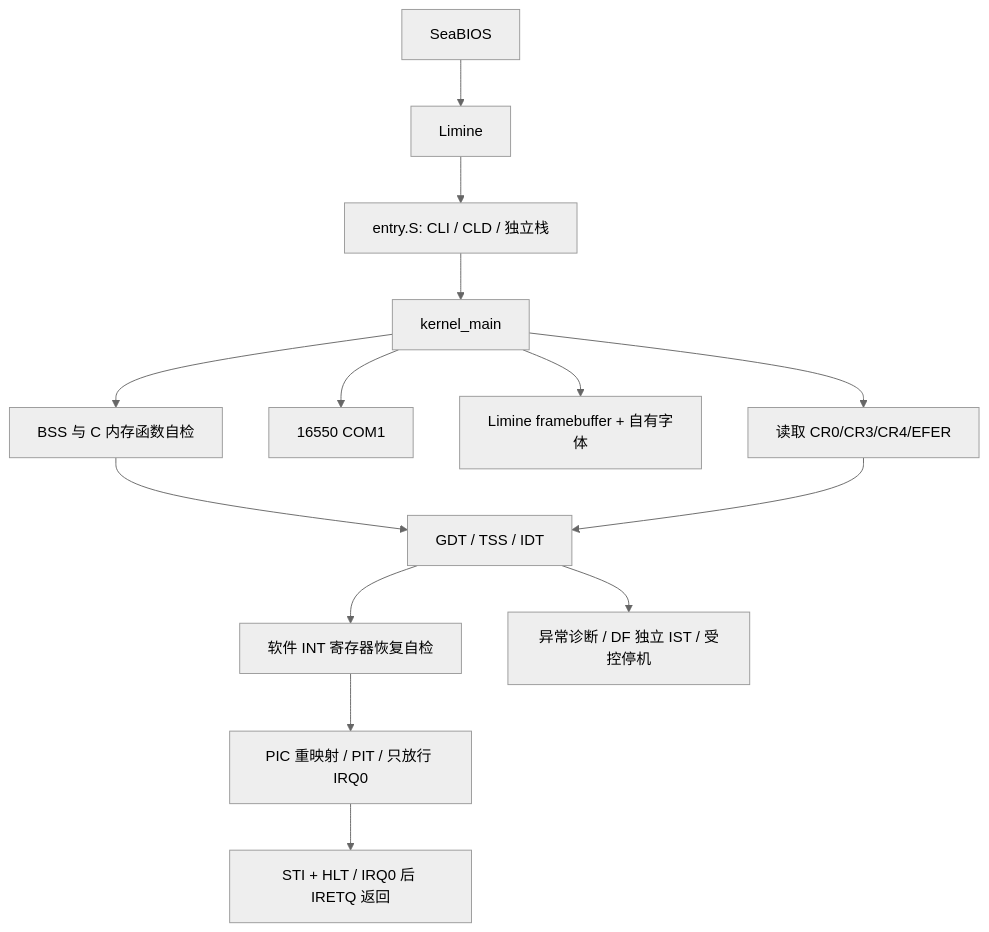
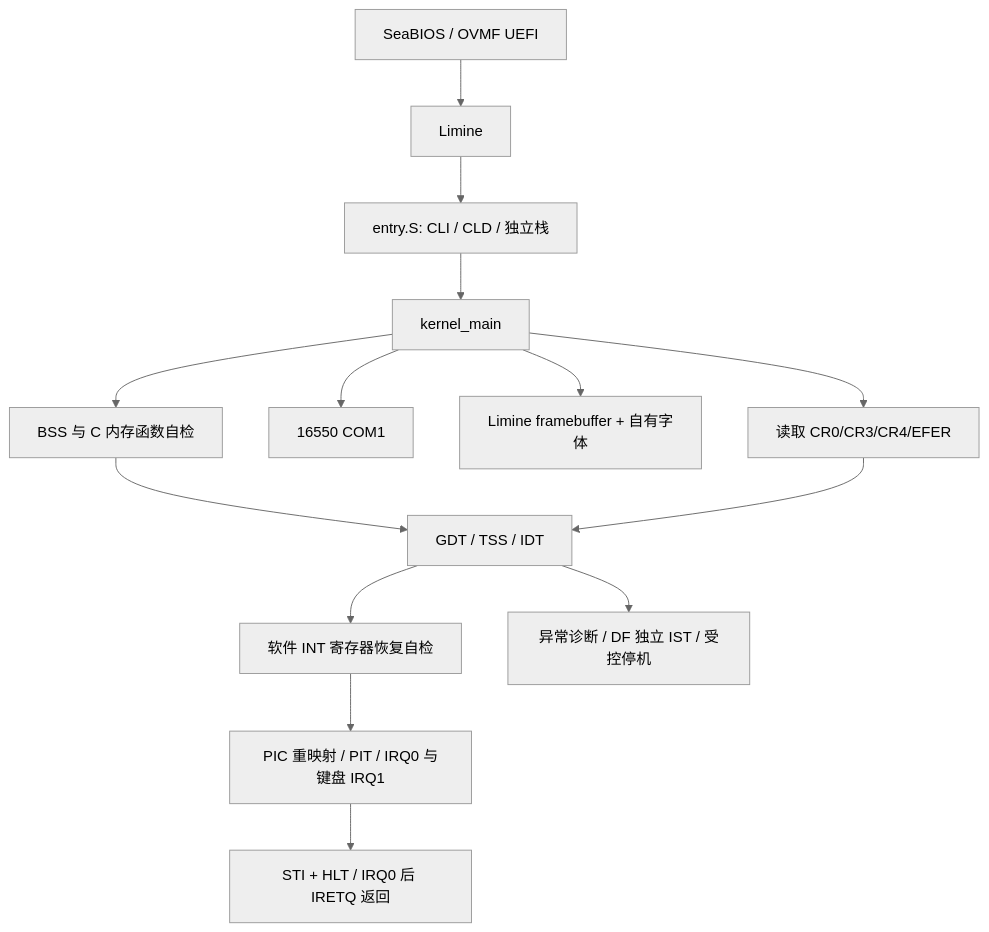
The diagram in docs/architecture.md (Evan-Windproof/Kernseed_OS), drawn with Mermaid (neutral theme) before and after one commit. The commit also changed other lines of this file and 980 other files, not shown here.

````diff
--- a/docs/architecture.md
+++ b/docs/architecture.md
@@ -5,16 +5,16 @@
 ```mermaid
 flowchart TD
-    BIOS[SeaBIOS] --> Limine
+    BIOS[SeaBIOS / OVMF UEFI] --> Limine
     Limine --> Entry[entry.S: CLI / CLD / 独立栈]
     Entry --> Main[kernel_main]
     Main --> Runtime[BSS 与 C 内存函数自检]
     Main --> Serial[16550 COM1]
     Main --> FB[Limine framebuffer + 自有字体]
     Main --> CPU[读取 CR0/CR3/CR4/EFER]
     Runtime --> Tables[GDT / TSS / IDT]
     CPU --> Tables
     Tables --> Probe[软件 INT 寄存器恢复自检]
-    Probe --> Timer[PIC 重映射 / PIT / 只放行 IRQ0]
+    Probe --> Timer[PIC 重映射 / PIT / IRQ0 与键盘 IRQ1]
     Timer --> Idle[STI + HLT / IRQ0 后 IRETQ 返回]
     Tables --> Exception[异常诊断 / DF 独立 IST / 受控停机]
 ```
````
